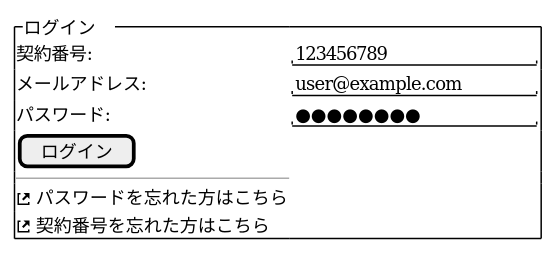
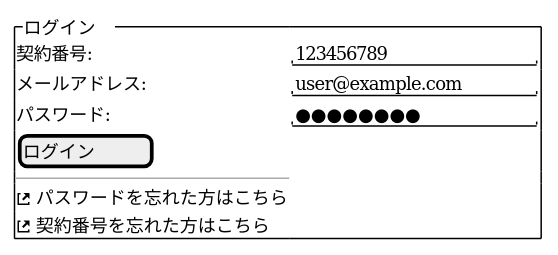
The diagram in specifications/01_login.adoc (ryosms/try-asciidoctor), drawn with PlantUML before and after one commit.

Commit message:
画面レイアウトの調整

```diff
--- a/specifications/01_login.adoc
+++ b/specifications/01_login.adoc
@@ -10,13 +10,13 @@
 [plantuml,../out/images/login-wf,svg]
 ----
 salt
 {^"ログイン    "
     契約番号: | "123456789           "
     メールアドレス: | "user@example.com    "
     パスワード: | "●●●●●●●●            "
-    [ ログイン    ]
+    [ログイン　　　]
     ----
     <&external-link> パスワードを忘れた方はこちら
     <&external-link> 契約番号を忘れた方はこちら
 }
 ----
```
